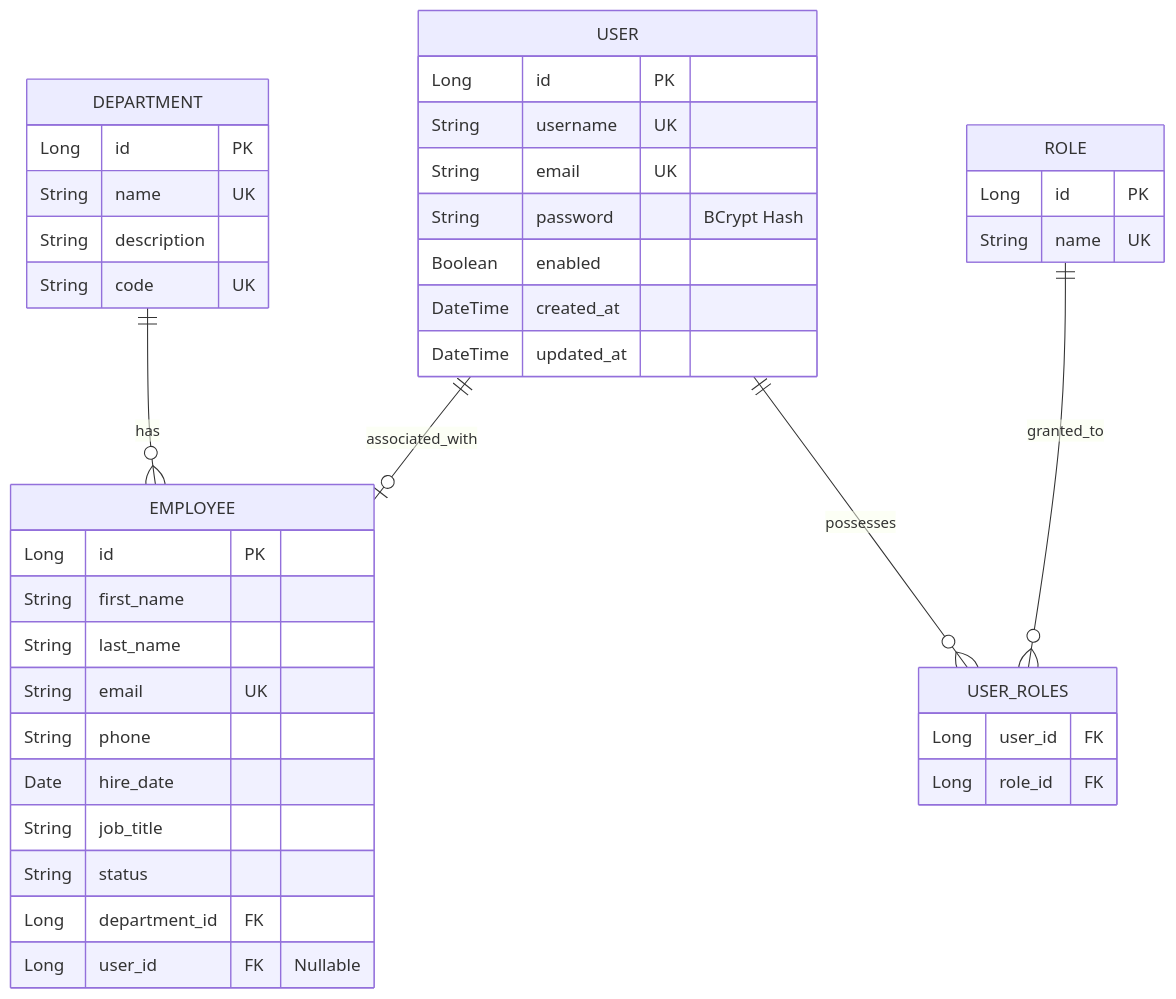
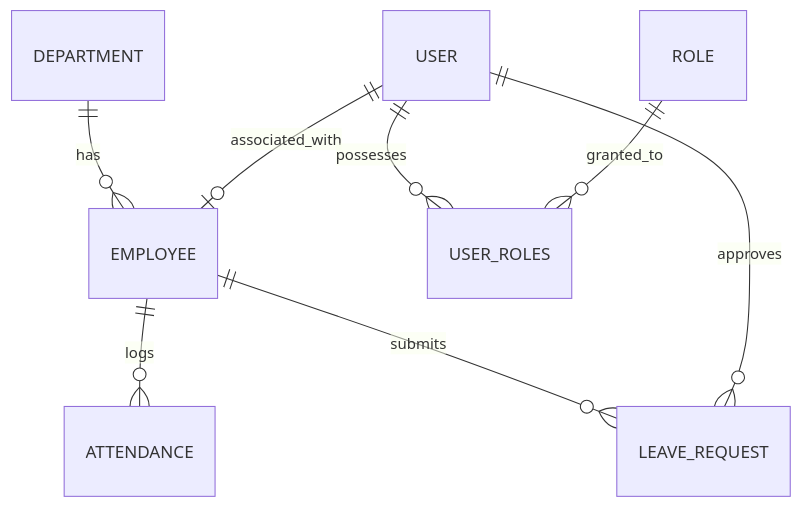
The diagram in README.md (ARUNAGIRINATHAN-K/employee-management-system), drawn with Mermaid before and after one commit. The commit also changed other lines of this file and 3 other files, not shown here.

````diff
--- a/README.md
+++ b/README.md
@@ -89,43 +150,10 @@
 ```mermaid
 erDiagram
-    DEPARTMENT {
-        Long id PK
-        String name UK
-        String description
-        String code UK
-    }
-    EMPLOYEE {
-        Long id PK
-        String first_name
-        String last_name
-        String email UK
-        String phone
-        Date hire_date
-        String job_title
-        String status
-        Long department_id FK
-        Long user_id FK "Nullable"
-    }
-    USER {
-        Long id PK
-        String username UK
-        String email UK
-        String password "BCrypt Hash"
-        Boolean enabled
-        DateTime created_at
-        DateTime updated_at
-    }
-    ROLE {
-        Long id PK
-        String name UK
-    }
-    USER_ROLES {
-        Long user_id FK
-        Long role_id FK
-    }
-
     DEPARTMENT ||--o{ EMPLOYEE : "has"
     USER ||--o| EMPLOYEE : "associated_with"
     USER ||--o{ USER_ROLES : "possesses"
     ROLE ||--o{ USER_ROLES : "granted_to"
+    EMPLOYEE ||--o{ ATTENDANCE : "logs"
+    EMPLOYEE ||--o{ LEAVE_REQUEST : "submits"
+    USER ||--o{ LEAVE_REQUEST : "approves"
 ```
````
